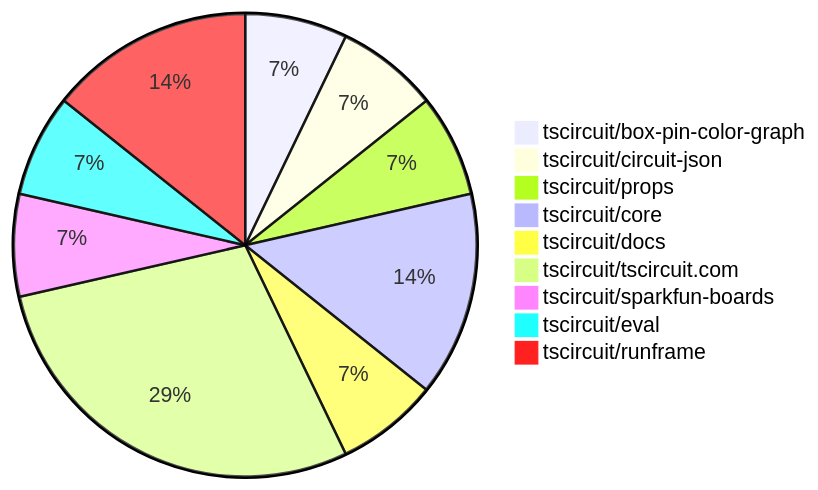
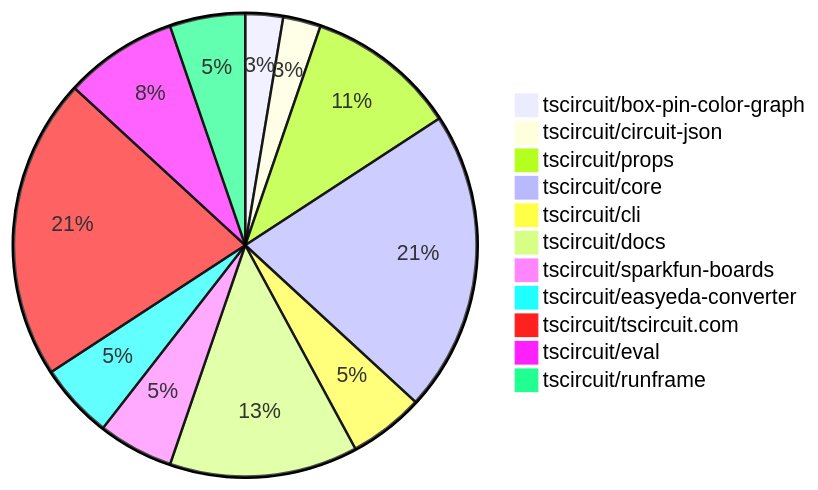
One commit to tscircuit/contribution-tracker changed the diagram in contribution-overviews/2025-06-18.md. Above: the diagram before and after it, drawn with Mermaid. The commit also changed other lines of this file and 3 other files, not shown here.

````diff
--- a/contribution-overviews/2025-06-18.md
+++ b/contribution-overviews/2025-06-18.md
@@ -5,12 +5,14 @@
 ```mermaid
 pie
     "tscircuit/box-pin-color-graph" : 1
     "tscircuit/circuit-json" : 1
-    "tscircuit/props" : 1
-    "tscircuit/core" : 2
-    "tscircuit/docs" : 1
-    "tscircuit/tscircuit.com" : 4
-    "tscircuit/sparkfun-boards" : 1
-    "tscircuit/eval" : 1
+    "tscircuit/props" : 4
+    "tscircuit/core" : 8
+    "tscircuit/cli" : 2
+    "tscircuit/docs" : 5
+    "tscircuit/sparkfun-boards" : 2
+    "tscircuit/easyeda-converter" : 2
+    "tscircuit/tscircuit.com" : 8
+    "tscircuit/eval" : 3
     "tscircuit/runframe" : 2
 ```
````
